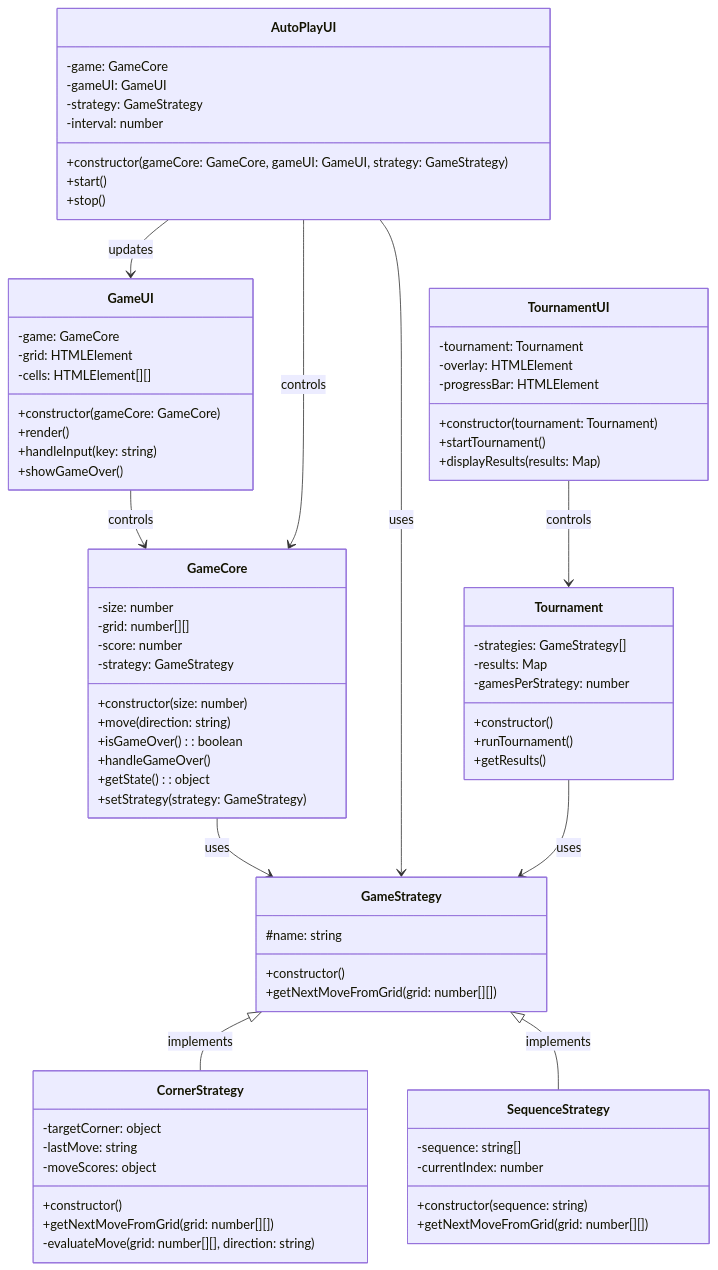
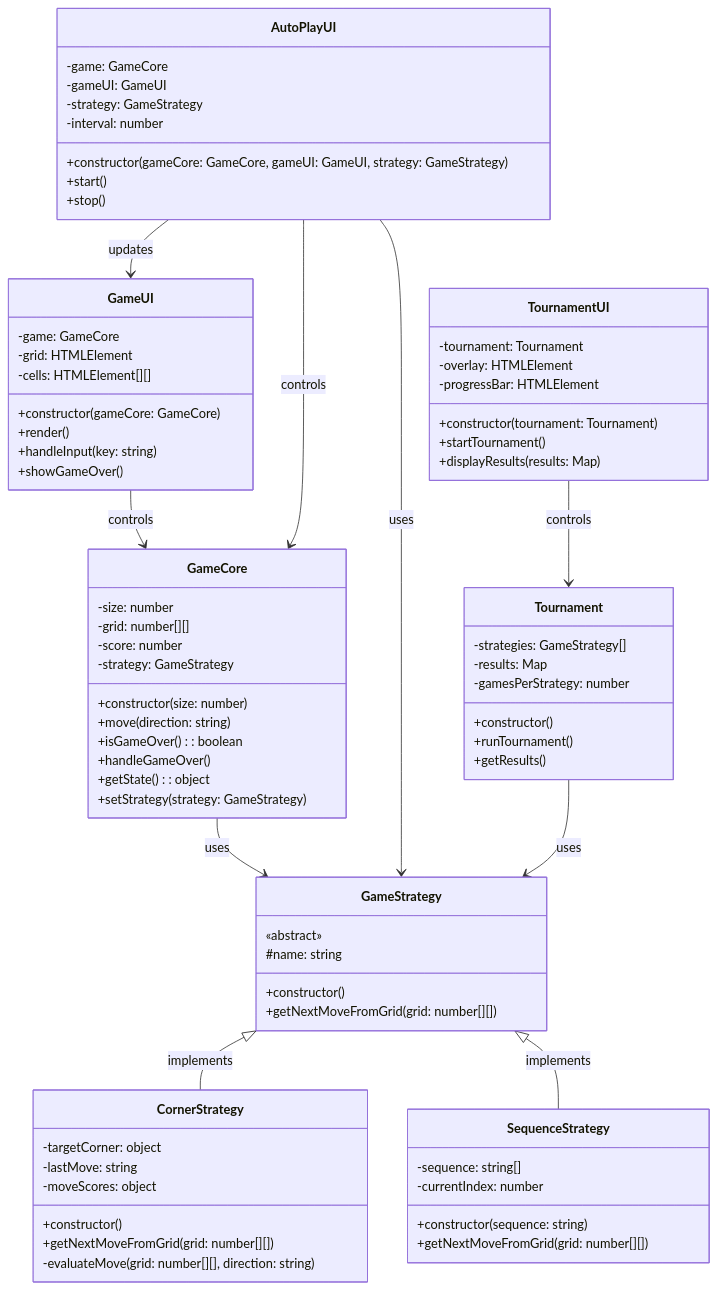
Before and after one commit to qchen-fdii-cardc/qchen-fdii-cardc.github.io: the diagram in content/posts/javascript/004-yet-another-1024.md, drawn with Mermaid. The commit also changed 2 other files, not shown here.

Commit message:
javascript 004 using &laquo; workaround  <<abstract>>

```diff
--- a/content/posts/javascript/004-yet-another-1024.md
+++ b/content/posts/javascript/004-yet-another-1024.md
@@ -88,6 +88,7 @@
     }
 
     class GameStrategy {
+        &laquo;abstract&raquo;
         #name: string
         +constructor()
         +getNextMoveFromGrid(grid: number[][])
```
